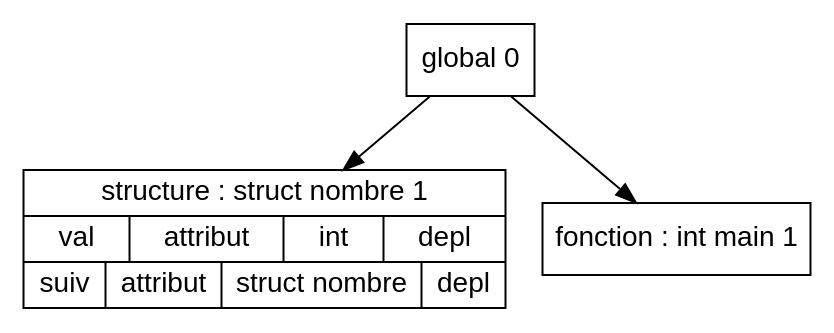
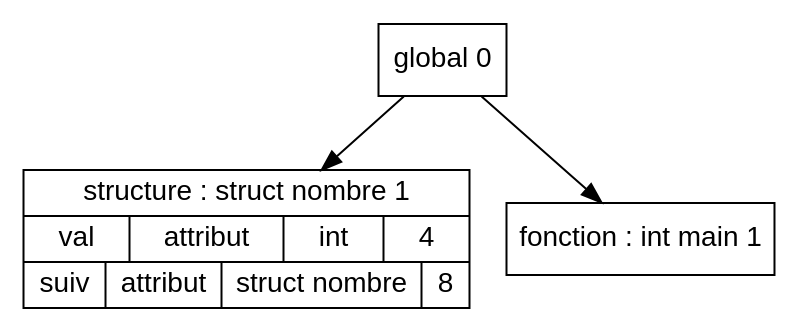
The diagram in Code/out/tds/dot/Test_Semantique/struct_deja_def1.dot (Hamza-ABDOULHOUSSEN/compil), drawn with Graphviz before and after one commit. The commit also changed 46 other files, not shown here.

```diff
--- a/Code/out/tds/dot/Test_Semantique/struct_deja_def1.dot
+++ b/Code/out/tds/dot/Test_Semantique/struct_deja_def1.dot
@@ -1,19 +1,19 @@
 digraph "tds"{
 
 	node [fontname="Arial"];
 
 	N1 [shape=record label="{ structure : struct nombre 1
-	| { val | attribut | int | depl }
-	| { suiv | attribut | struct nombre | depl }
+	| { val | attribut | int | 4 }
+	| { suiv | attribut | struct nombre | 8 }
 	}"];
 
 	N2 [shape=record label="{ fonction : int main 1
 	}"];
 
 	N0 [shape=record label="{ global 0
 	}"];
 
 
 	N0 -> N1; 
 	N0 -> N2; 
 }
```
